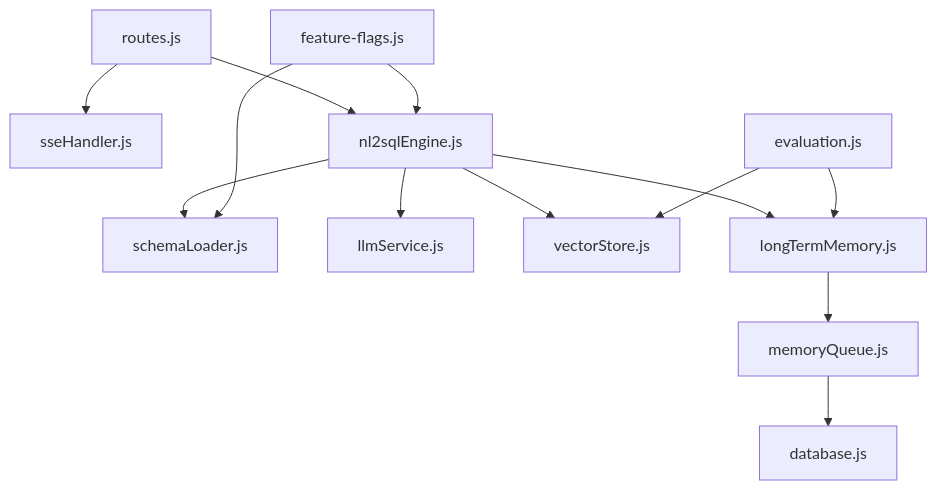
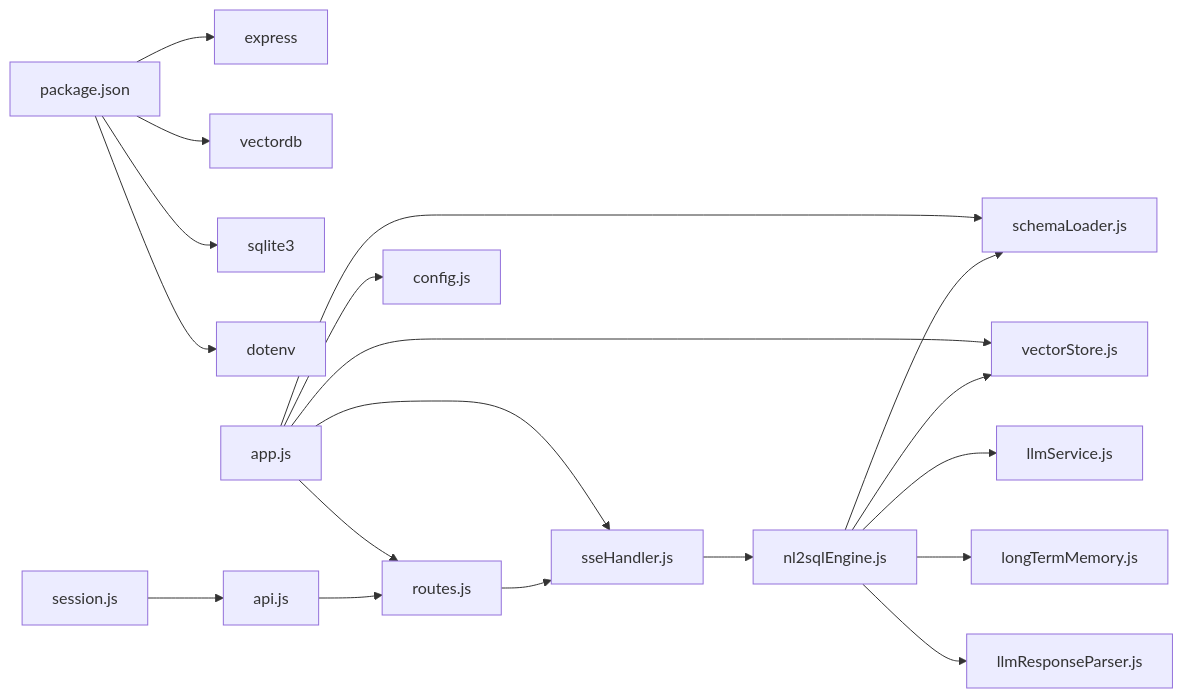
Before and after one commit to HanHuiOnLine/724-office: the ninth of 9 diagrams in NL2SQL/.qoder/repowiki/zh/content/系统架构/数据流设计.md, drawn with Mermaid. The commit also changed other lines of this file and 207 other files, not shown here.

````diff
--- a/NL2SQL/.qoder/repowiki/zh/content/系统架构/数据流设计.md
+++ b/NL2SQL/.qoder/repowiki/zh/content/系统架构/数据流设计.md
@@ -330,15 +338,21 @@
 ```mermaid
-graph TB
-Routes["routes.js"] --> SSE["sseHandler.js"]
-Routes --> NLENG["nl2sqlEngine.js"]
-NLENG --> SCHEMA["schemaLoader.js"]
-NLENG --> LLM["llmService.js"]
-NLENG --> VEC["vectorStore.js"]
-NLENG --> MEM["longTermMemory.js"]
-MEM --> MQ["memoryQueue.js"]
-MQ --> DB["database.js"]
-EVAL["evaluation.js"] --> VEC
-EVAL --> MEM
-FLAGS["feature-flags.js"] --> NLENG
-FLAGS --> SCHEMA
+graph LR
+PKG["package.json"] --> EXP["express"]
+PKG --> LDB["vectordb"]
+PKG --> SQL["sqlite3"]
+PKG --> DOT["dotenv"]
+APP["app.js"] --> ROUTES["routes.js"]
+APP --> SSE["sseHandler.js"]
+APP --> SCHEMA["schemaLoader.js"]
+APP --> VEC["vectorStore.js"]
+APP --> CFG["config.js"]
+ROUTES --> SSE
+SSE --> NLE["nl2sqlEngine.js"]
+NLE --> SCHEMA
+NLE --> VEC
+NLE --> LLM["llmService.js"]
+NLE --> LTM["longTermMemory.js"]
+NLE --> LRP["llmResponseParser.js"]
+FE_API["api.js"] --> ROUTES
+FE_STORE["session.js"] --> FE_API
 ```
````
